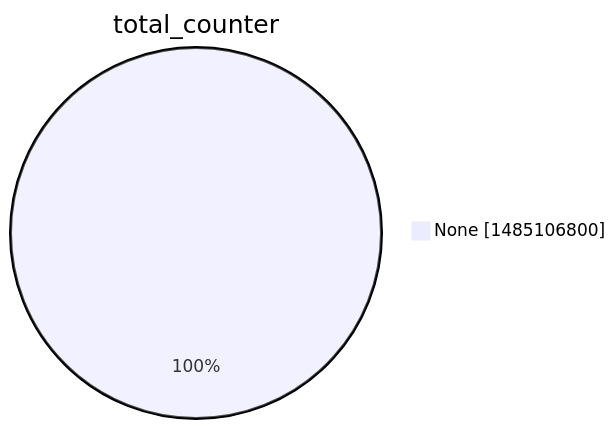
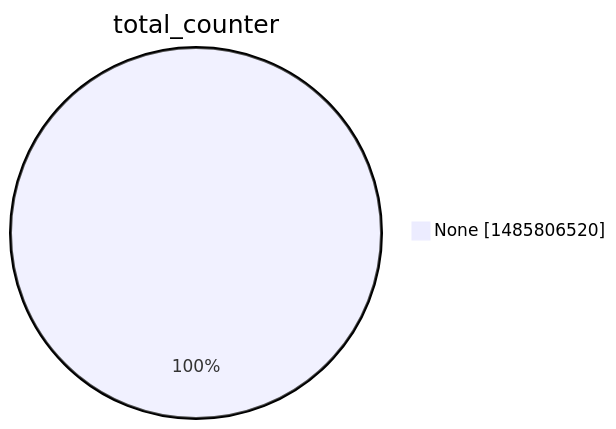
Before and after one commit to christiankrug/ctmonitor_visualization: the second of 15 diagrams in argon2022/README.md, drawn with Mermaid. The commit also changed other lines of this file, not shown here.

````diff
--- a/argon2022/README.md
+++ b/argon2022/README.md
@@ -9,5 +9,5 @@
 ```mermaid
 pie showData
 title total_counter
-"None" :1485106800
+"None" :1485806520
 ```
````
